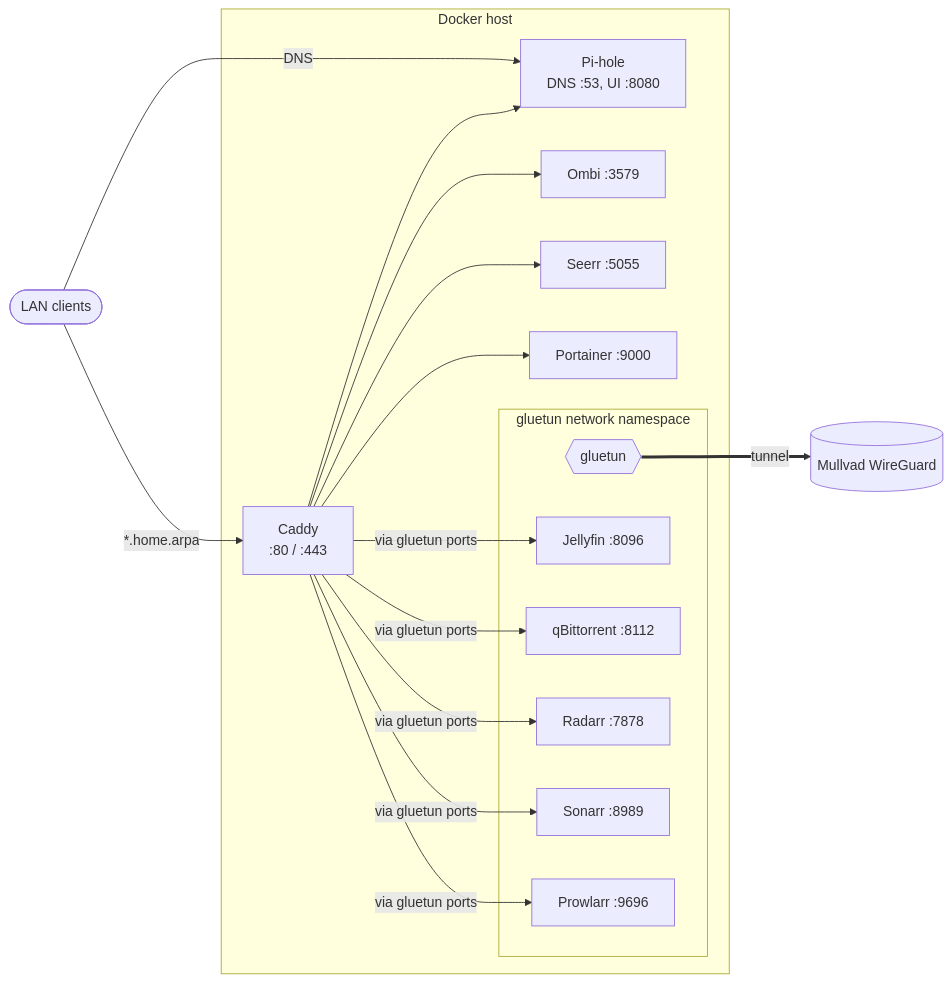
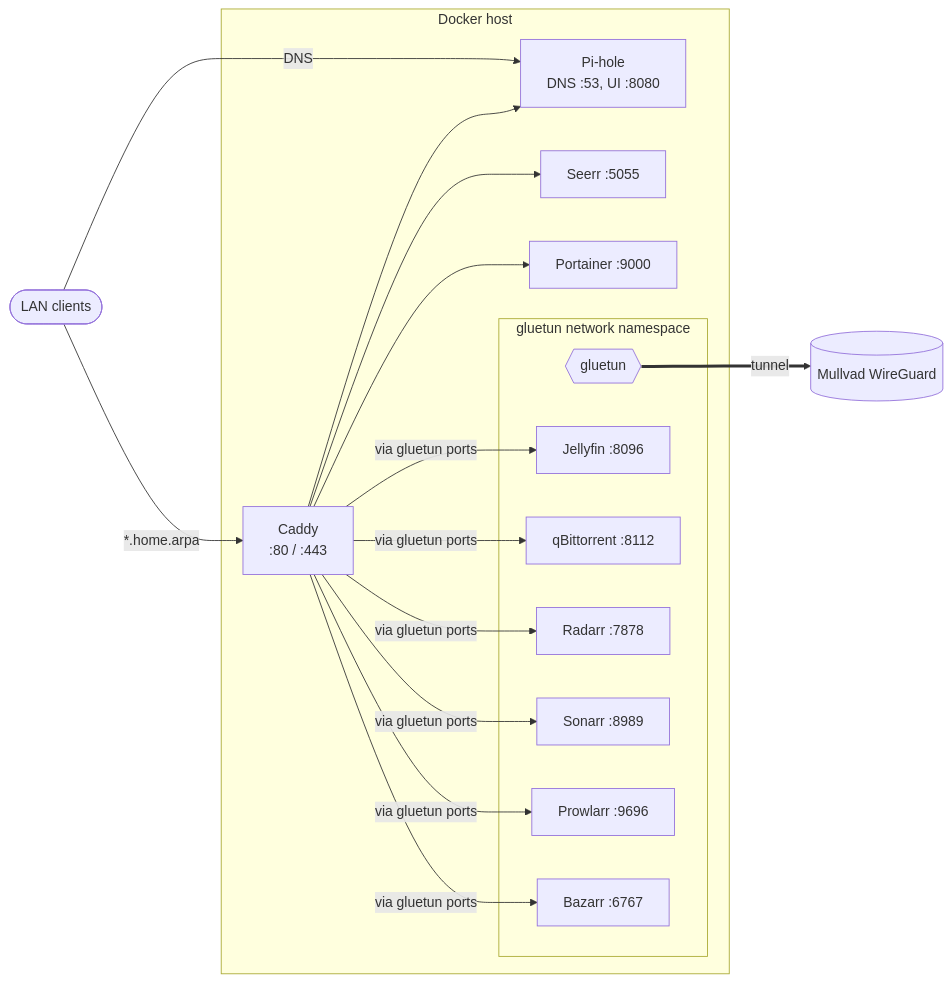
The diagram in README.md (jonnynabors/docker), drawn with Mermaid before and after one commit. The commit also changed other lines of this file and 4 other files, not shown here.

````diff
--- a/README.md
+++ b/README.md
@@ -7,31 +7,30 @@
 ```mermaid
 flowchart LR
     LAN([LAN clients])
     Mullvad[(Mullvad WireGuard)]
 
     subgraph host[Docker host]
         pihole[Pi-hole<br/>DNS :53, UI :8080]
         caddy[Caddy<br/>:80 / :443]
-        ombi[Ombi :3579]
         seerr[Seerr :5055]
         portainer[Portainer :9000]
 
         subgraph vpn[gluetun network namespace]
             gluetun{{gluetun}}
             jellyfin[Jellyfin :8096]
             qbit[qBittorrent :8112]
             radarr[Radarr :7878]
             sonarr[Sonarr :8989]
             prowlarr[Prowlarr :9696]
+            bazarr[Bazarr :6767]
         end
     end
 
     LAN -- DNS --> pihole
     LAN -- "*.home.arpa" --> caddy
     caddy --> pihole
-    caddy --> ombi
     caddy --> seerr
     caddy --> portainer
-    caddy -- via gluetun ports --> jellyfin & qbit & radarr & sonarr & prowlarr
+    caddy -- via gluetun ports --> jellyfin & qbit & radarr & sonarr & prowlarr & bazarr
     gluetun == tunnel ==> Mullvad
 ```
````
